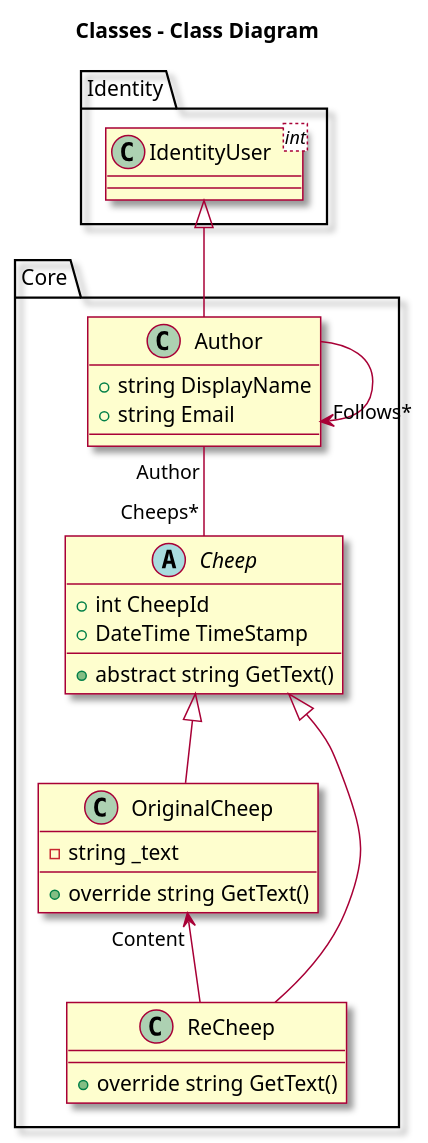
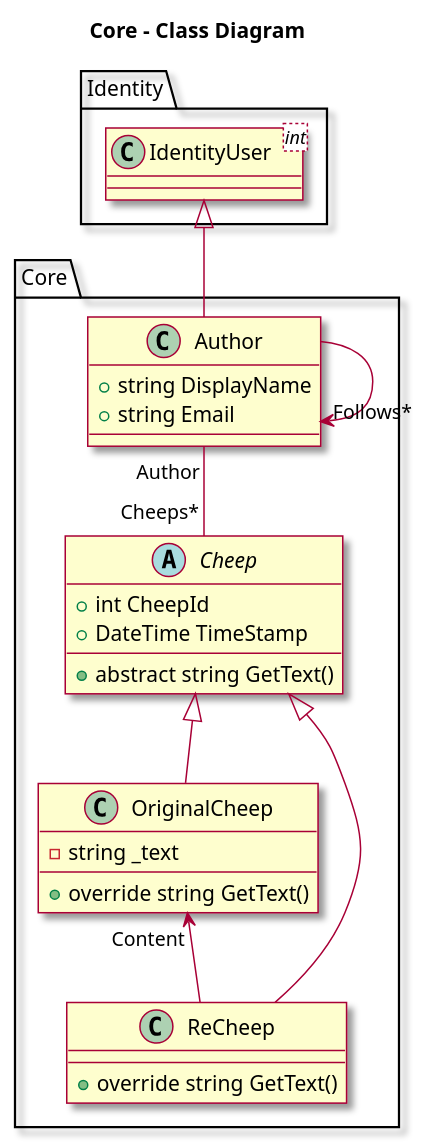
The first of 14 diagrams in docs/report.md (ITU-BDSA2024-GROUP14/Chirp), drawn with PlantUML before and after one commit.

Commit message:
Change title for core class diagram

````diff
--- a/docs/report.md
+++ b/docs/report.md
@@ -37,40 +37,40 @@
 ```plantUML
 @startuml
 
 skin rose
 
-title Classes - Class Diagram
+title Core - Class Diagram
 
 package Identity{
   class IdentityUser<int>
 }
 
 package Core {
   class Author {
     +string DisplayName
     +string Email
   }
   
   abstract class Cheep {
     +int CheepId
     +DateTime TimeStamp
     +abstract string GetText()
   }
   class OriginalCheep {
     -string _text
     +override string GetText()
   }
   class ReCheep {
       +override string GetText()
   }
 }
 
 Author "Author" -- "Cheeps*" Cheep
 Author --> "Follows*"Author
 Cheep <|-- OriginalCheep
 Cheep <|-- ReCheep
 OriginalCheep "Content" <-- ReCheep
 IdentityUser <|-- Author
 
 @enduml
 ```
````
